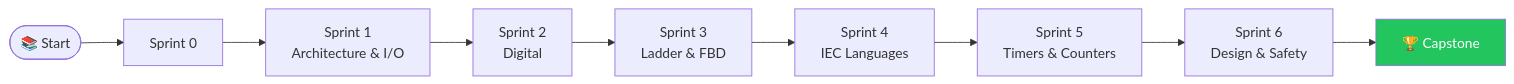
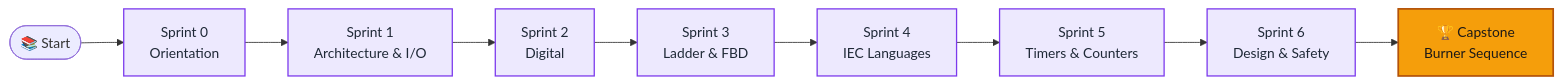
One commit to gaferto612/PLC-Course changed the diagram in docs/index.md. Above: the diagram before and after it, drawn with Mermaid. The commit also changed other lines of this file and 4 other files, not shown here.

````diff
--- a/docs/index.md
+++ b/docs/index.md
@@ -11,13 +188,16 @@
 ```mermaid
 flowchart LR
-    Start([📚 Start]) --> S0[Sprint 0]
+    Start([📚 Start]) --> S0[Sprint 0<br/>Orientation]
     S0 --> S1[Sprint 1<br/>Architecture & I/O]
     S1 --> S2[Sprint 2<br/>Digital]
     S2 --> S3[Sprint 3<br/>Ladder & FBD]
     S3 --> S4[Sprint 4<br/>IEC Languages]
     S4 --> S5[Sprint 5<br/>Timers & Counters]
     S5 --> S6[Sprint 6<br/>Design & Safety]
-    S6 --> Cap[🏆 Capstone]
+    S6 --> Cap[🏆 Capstone<br/>Burner Sequence]
 
-    style Cap fill:#22c55e,color:#fff
+    classDef sprint fill:#ede9fe,stroke:#7c3aed,stroke-width:1.5px,color:#1f2937;
+    classDef cap fill:#f59e0b,stroke:#b45309,stroke-width:2px,color:#1c1917;
+    class S0,S1,S2,S3,S4,S5,S6 sprint;
+    class Cap cap;
 ```
````
